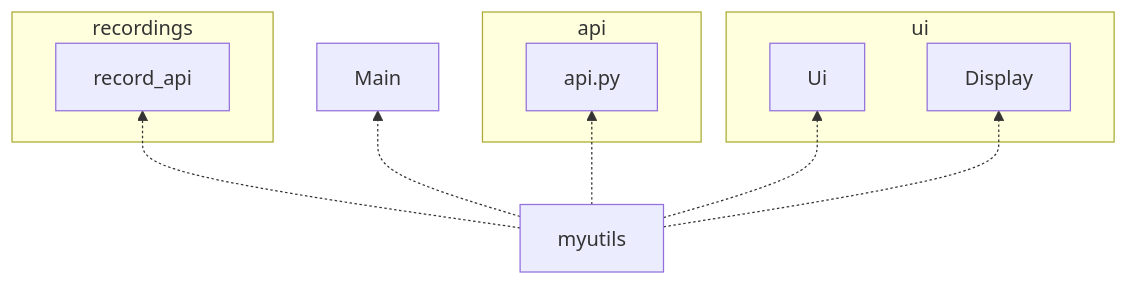
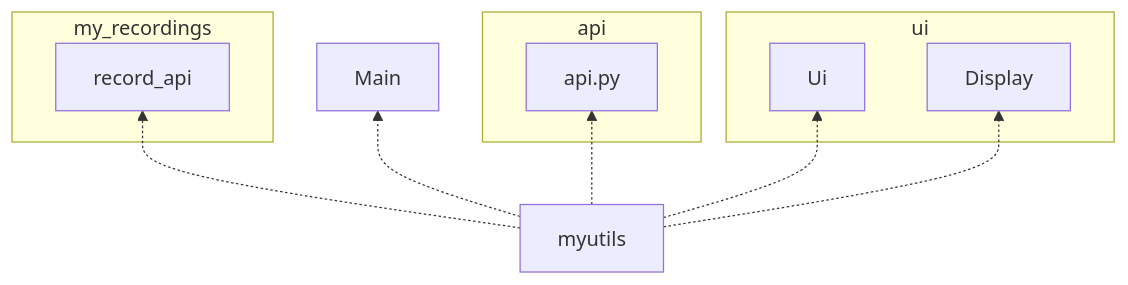
The second of 4 diagrams in bussitt-app/dokumentaatio/arkkitehtuuri.md (astranero/ot-harjoitustyo-1), drawn with Mermaid before and after one commit. The commit also changed other lines of this file and 2 other files, not shown here.

````diff
--- a/bussitt-app/dokumentaatio/arkkitehtuuri.md
+++ b/bussitt-app/dokumentaatio/arkkitehtuuri.md
@@ -34,21 +34,21 @@
 ```mermaid
 flowchart BT
     subgraph ui
     Ui
     Display
     end
 
     subgraph api
     api.py
     end
 
-    subgraph recordings
+    subgraph my_recordings
     record_api    
     end
 
     myutils -.-> Main
     myutils -.-> Ui
     myutils -.-> Display
     myutils -.-> record_api
     myutils -.-> api.py
 ```
````
